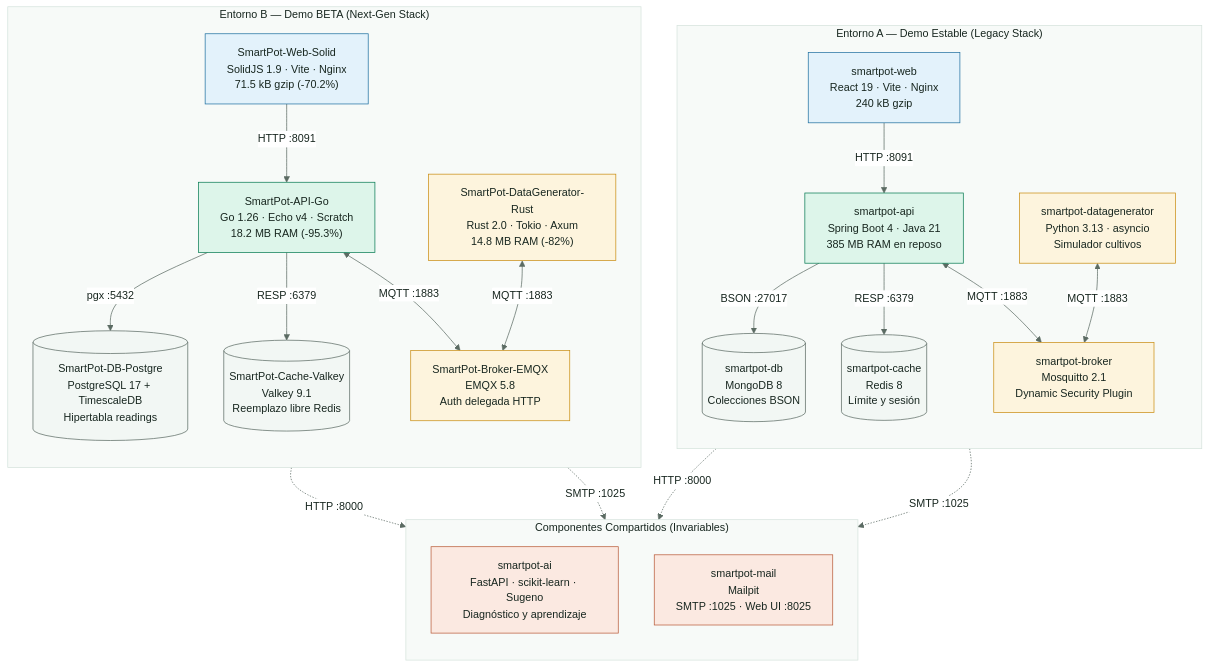
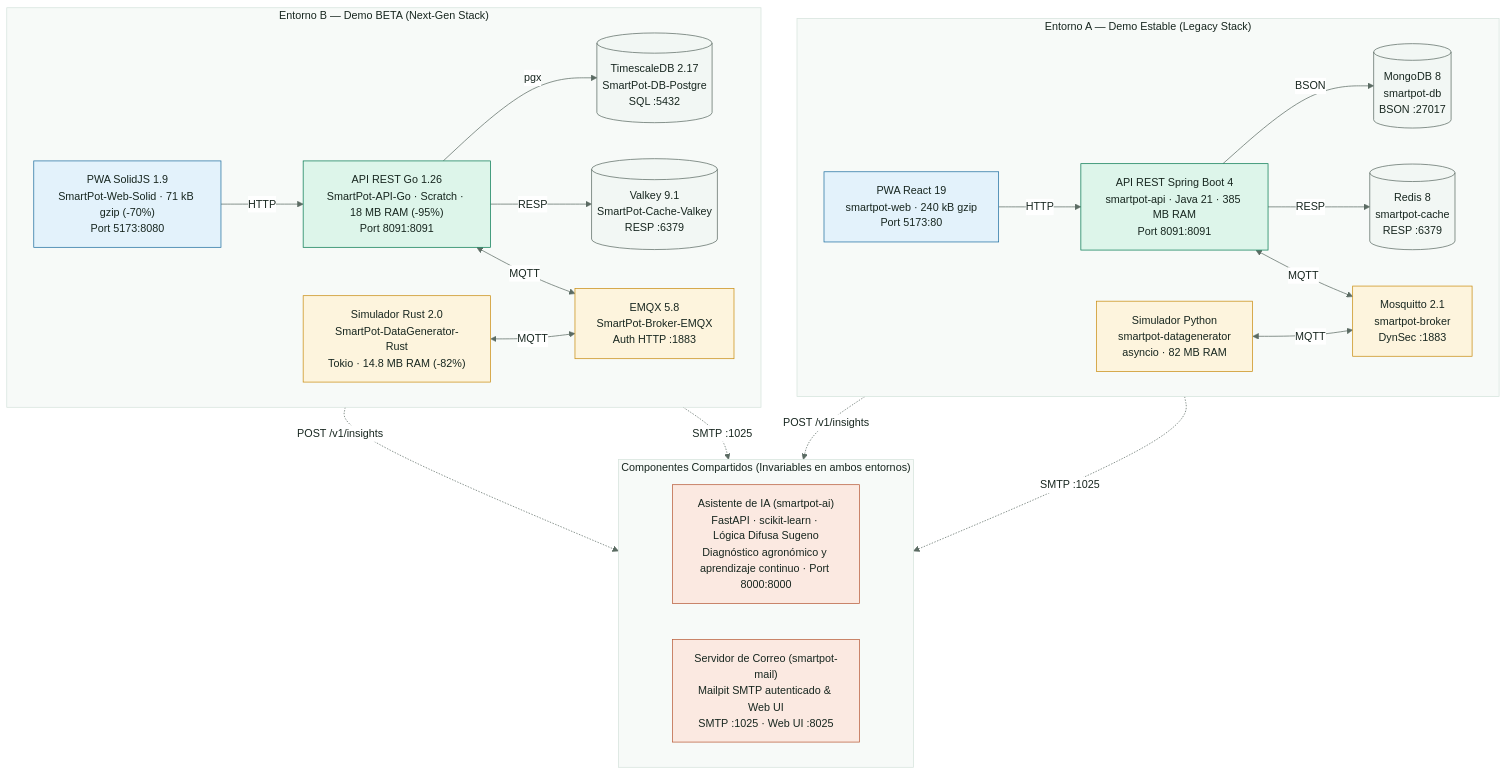
One commit to SmartPotTech/.github changed the diagram in docs/diagrams/SmartPot_46_AB_Architecture_Comparison.mmd. Above: the diagram before and after it, drawn with Mermaid. The commit also changed 2 other files, not shown here.

Commit message:
Optimize comparative architecture diagram layout and styling

```diff
--- a/docs/diagrams/SmartPot_46_AB_Architecture_Comparison.mmd
+++ b/docs/diagrams/SmartPot_46_AB_Architecture_Comparison.mmd
@@ -1,56 +1,56 @@
 %%{init: {"theme": "base", "fontFamily": "Segoe UI, Arial, sans-serif", "themeVariables": {"fontFamily": "Segoe UI, Arial, sans-serif", "fontSize": "15px", "primaryColor": "#DDF5EA", "primaryTextColor": "#17261F", "primaryBorderColor": "#067A52", "secondaryColor": "#E3F2FB", "secondaryTextColor": "#17261F", "secondaryBorderColor": "#1F6FA0", "tertiaryColor": "#F2F7F4", "tertiaryTextColor": "#17261F", "tertiaryBorderColor": "#D5E3DC", "lineColor": "#5B6B63", "textColor": "#17261F", "mainBkg": "#DDF5EA", "nodeBorder": "#067A52", "clusterBkg": "#F7FAF8", "clusterBorder": "#D5E3DC", "edgeLabelBackground": "#FFFFFF", "actorBkg": "#067A52", "actorBorder": "#0B3D2B", "actorTextColor": "#FFFFFF", "actorLineColor": "#5B6B63", "signalColor": "#17261F", "signalTextColor": "#17261F", "labelBoxBkgColor": "#0B3D2B", "labelBoxBorderColor": "#0B3D2B", "labelTextColor": "#FFFFFF", "loopTextColor": "#0B3D2B", "noteBkgColor": "#FDF4DD", "noteBorderColor": "#C98D12", "noteTextColor": "#17261F", "activationBkgColor": "#DDF5EA", "activationBorderColor": "#067A52", "attributeBackgroundColorOdd": "#FFFFFF", "attributeBackgroundColorEven": "#F2F7F4"}}}%%
 flowchart TB
   subgraph STACK_A["Entorno A — Demo Estable (Legacy Stack)"]
-    direction TB
-    A_WEB["smartpot-web<br/>React 19 · Vite · Nginx<br/>240 kB gzip"]
-    A_API["smartpot-api<br/>Spring Boot 4 · Java 21<br/>385 MB RAM en reposo"]
-    A_DB[("smartpot-db<br/>MongoDB 8<br/>Colecciones BSON")]
-    A_CACHE[("smartpot-cache<br/>Redis 8<br/>Límite y sesión")]
-    A_BROKER["smartpot-broker<br/>Mosquitto 2.1<br/>Dynamic Security Plugin"]
-    A_SIM["smartpot-datagenerator<br/>Python 3.13 · asyncio<br/>Simulador cultivos"]
-    
-    A_WEB -->|HTTP :8091| A_API
-    A_API -->|BSON :27017| A_DB
-    A_API -->|RESP :6379| A_CACHE
-    A_API <-->|MQTT :1883| A_BROKER
-    A_SIM <-->|MQTT :1883| A_BROKER
+    direction LR
+    A_WEB["PWA React 19<br/>smartpot-web · 240 kB gzip<br/>Port 5173:80"]
+    A_API["API REST Spring Boot 4<br/>smartpot-api · Java 21 · 385 MB RAM<br/>Port 8091:8091"]
+    A_DB[("MongoDB 8<br/>smartpot-db<br/>BSON :27017")]
+    A_CACHE[("Redis 8<br/>smartpot-cache<br/>RESP :6379")]
+    A_BROKER["Mosquitto 2.1<br/>smartpot-broker<br/>DynSec :1883"]
+    A_SIM["Simulador Python<br/>smartpot-datagenerator<br/>asyncio · 82 MB RAM"]
+
+    A_WEB -->|HTTP| A_API
+    A_API -->|BSON| A_DB
+    A_API -->|RESP| A_CACHE
+    A_API <-->|MQTT| A_BROKER
+    A_SIM <-->|MQTT| A_BROKER
   end
 
-  subgraph SHARED["Componentes Compartidos (Invariables)"]
-    direction TB
-    S_AI["smartpot-ai<br/>FastAPI · scikit-learn · Sugeno<br/>Diagnóstico y aprendizaje"]
-    S_MAIL["smartpot-mail<br/>Mailpit<br/>SMTP :1025 · Web UI :8025"]
+  subgraph SHARED["Componentes Compartidos (Invariables en ambos entornos)"]
+    direction LR
+    S_AI["Asistente de IA (smartpot-ai)<br/>FastAPI · scikit-learn · Lógica Difusa Sugeno<br/>Diagnóstico agronómico y aprendizaje continuo · Port 8000:8000"]
+    S_MAIL["Servidor de Correo (smartpot-mail)<br/>Mailpit SMTP autenticado & Web UI<br/>SMTP :1025 · Web UI :8025"]
   end
 
   subgraph STACK_B["Entorno B — Demo BETA (Next-Gen Stack)"]
-    direction TB
-    B_WEB["SmartPot-Web-Solid<br/>SolidJS 1.9 · Vite · Nginx<br/>71.5 kB gzip (-70.2%)"]
-    B_API["SmartPot-API-Go<br/>Go 1.26 · Echo v4 · Scratch<br/>18.2 MB RAM (-95.3%)"]
-    B_DB[("SmartPot-DB-Postgre<br/>PostgreSQL 17 + TimescaleDB<br/>Hipertabla readings")]
-    B_CACHE[("SmartPot-Cache-Valkey<br/>Valkey 9.1<br/>Reemplazo libre Redis")]
-    B_BROKER["SmartPot-Broker-EMQX<br/>EMQX 5.8<br/>Auth delegada HTTP"]
-    B_SIM["SmartPot-DataGenerator-Rust<br/>Rust 2.0 · Tokio · Axum<br/>14.8 MB RAM (-82%)"]
+    direction LR
+    B_WEB["PWA SolidJS 1.9<br/>SmartPot-Web-Solid · 71 kB gzip (-70%)<br/>Port 5173:8080"]
+    B_API["API REST Go 1.26<br/>SmartPot-API-Go · Scratch · 18 MB RAM (-95%)<br/>Port 8091:8091"]
+    B_DB[("TimescaleDB 2.17<br/>SmartPot-DB-Postgre<br/>SQL :5432")]
+    B_CACHE[("Valkey 9.1<br/>SmartPot-Cache-Valkey<br/>RESP :6379")]
+    B_BROKER["EMQX 5.8<br/>SmartPot-Broker-EMQX<br/>Auth HTTP :1883"]
+    B_SIM["Simulador Rust 2.0<br/>SmartPot-DataGenerator-Rust<br/>Tokio · 14.8 MB RAM (-82%)"]
 
-    B_WEB -->|HTTP :8091| B_API
-    B_API -->|pgx :5432| B_DB
-    B_API -->|RESP :6379| B_CACHE
-    B_API <-->|MQTT :1883| B_BROKER
-    B_SIM <-->|MQTT :1883| B_BROKER
+    B_WEB -->|HTTP| B_API
+    B_API -->|pgx| B_DB
+    B_API -->|RESP| B_CACHE
+    B_API <-->|MQTT| B_BROKER
+    B_SIM <-->|MQTT| B_BROKER
   end
 
-  A_API -.->|HTTP :8000| S_AI
-  B_API -.->|HTTP :8000| S_AI
+  A_API -.->|POST /v1/insights| S_AI
   A_API -.->|SMTP :1025| S_MAIL
+  B_API -.->|POST /v1/insights| S_AI
   B_API -.->|SMTP :1025| S_MAIL
 
   classDef core fill:#DDF5EA,stroke:#067A52,color:#17261F
   classDef platform fill:#E3F2FB,stroke:#1F6FA0,color:#17261F
   classDef store fill:#F2F7F4,stroke:#5B6B63,color:#17261F
   classDef device fill:#FDF4DD,stroke:#C98D12,color:#17261F
   classDef shared fill:#FBE9E1,stroke:#B85A38,color:#17261F
 
   class A_API,B_API core
   class A_WEB,B_WEB platform
   class A_DB,B_DB,A_CACHE,B_CACHE store
   class A_BROKER,B_BROKER,A_SIM,B_SIM device
   class S_AI,S_MAIL shared
```
